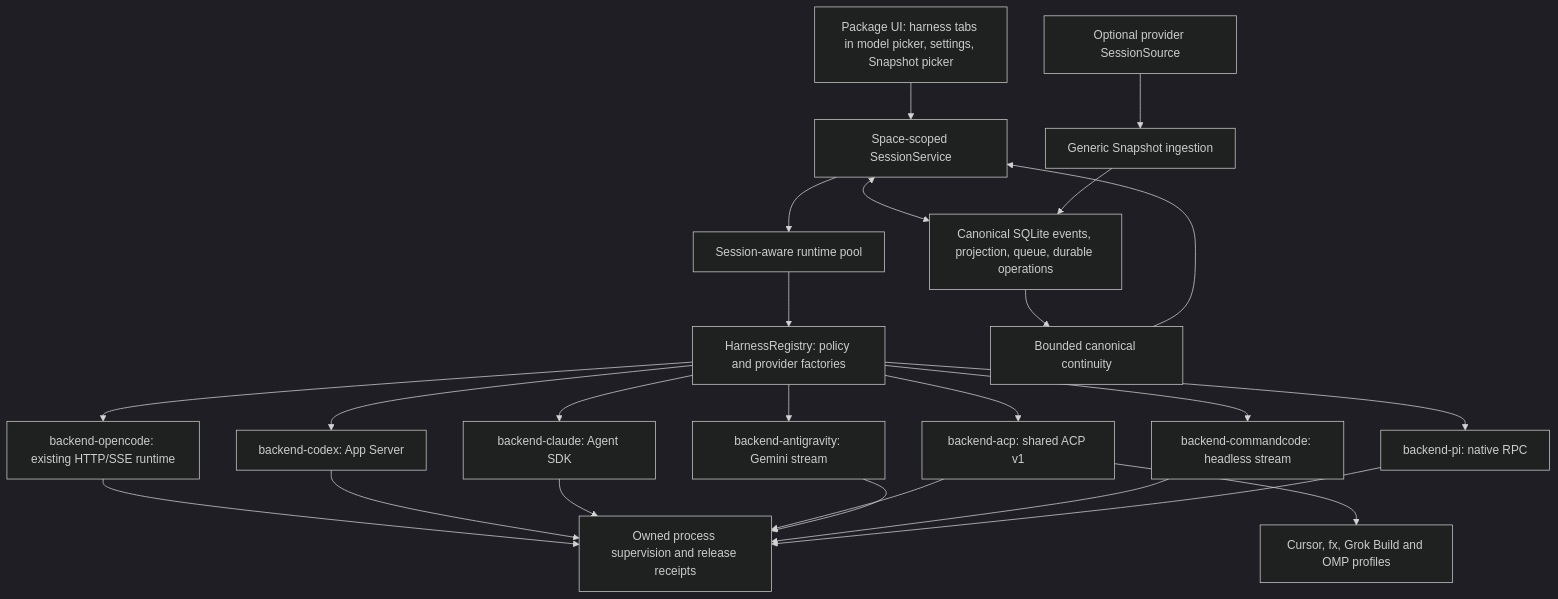
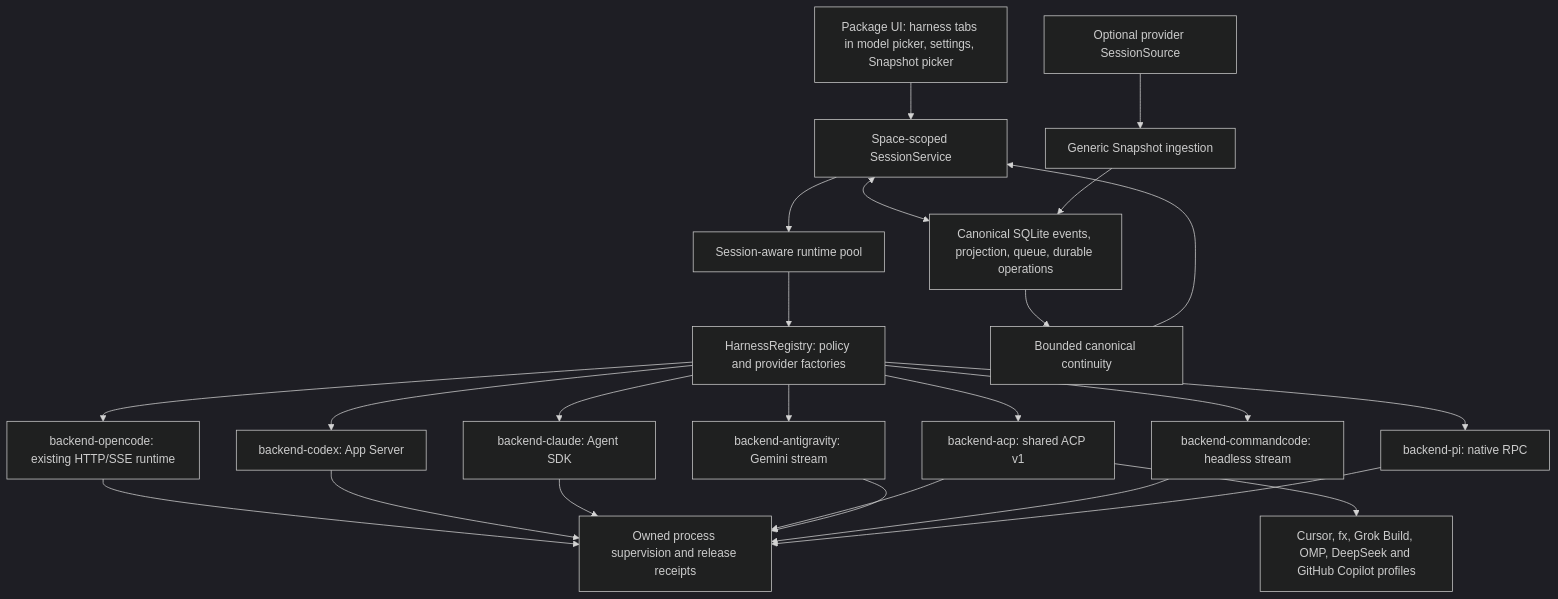
The diagram in docs/architecture/multi-harness.md (Polyth/Polyth), drawn with Mermaid (dark theme) before and after one commit. The commit also changed other lines of this file and 35 other files, not shown here.

````diff
--- a/docs/architecture/multi-harness.md
+++ b/docs/architecture/multi-harness.md
@@ -9,26 +9,26 @@
 ```mermaid
 flowchart TD
   UI[Package UI: harness tabs in model picker, settings, Snapshot picker] --> SS[Space-scoped SessionService]
   SS <--> DB[Canonical SQLite events, projection, queue, durable operations]
   SS --> POOL[Session-aware runtime pool]
   POOL --> REG[HarnessRegistry: policy and provider factories]
   REG --> OC[backend-opencode: existing HTTP/SSE runtime]
   REG --> CX[backend-codex: App Server]
   REG --> CC[backend-claude: Agent SDK]
   REG --> ACP[backend-acp: shared ACP v1]
   REG --> AG[backend-antigravity: Gemini stream]
   REG --> CMD[backend-commandcode: headless stream]
   REG --> PI[backend-pi: native RPC]
-  ACP --> PROFILES[Cursor, fx, Grok Build and OMP profiles]
+  ACP --> PROFILES[Cursor, fx, Grok Build, OMP, DeepSeek and GitHub Copilot profiles]
   OC --> AUTH[Owned process supervision and release receipts]
   CX --> AUTH
   CC --> AUTH
   ACP --> AUTH
   AG --> AUTH
   CMD --> AUTH
   PI --> AUTH
   DB --> CTX[Bounded canonical continuity]
   CTX --> SS
   SOURCE[Optional provider SessionSource] --> SNAP[Generic Snapshot ingestion]
   SNAP --> DB
 ```
````
